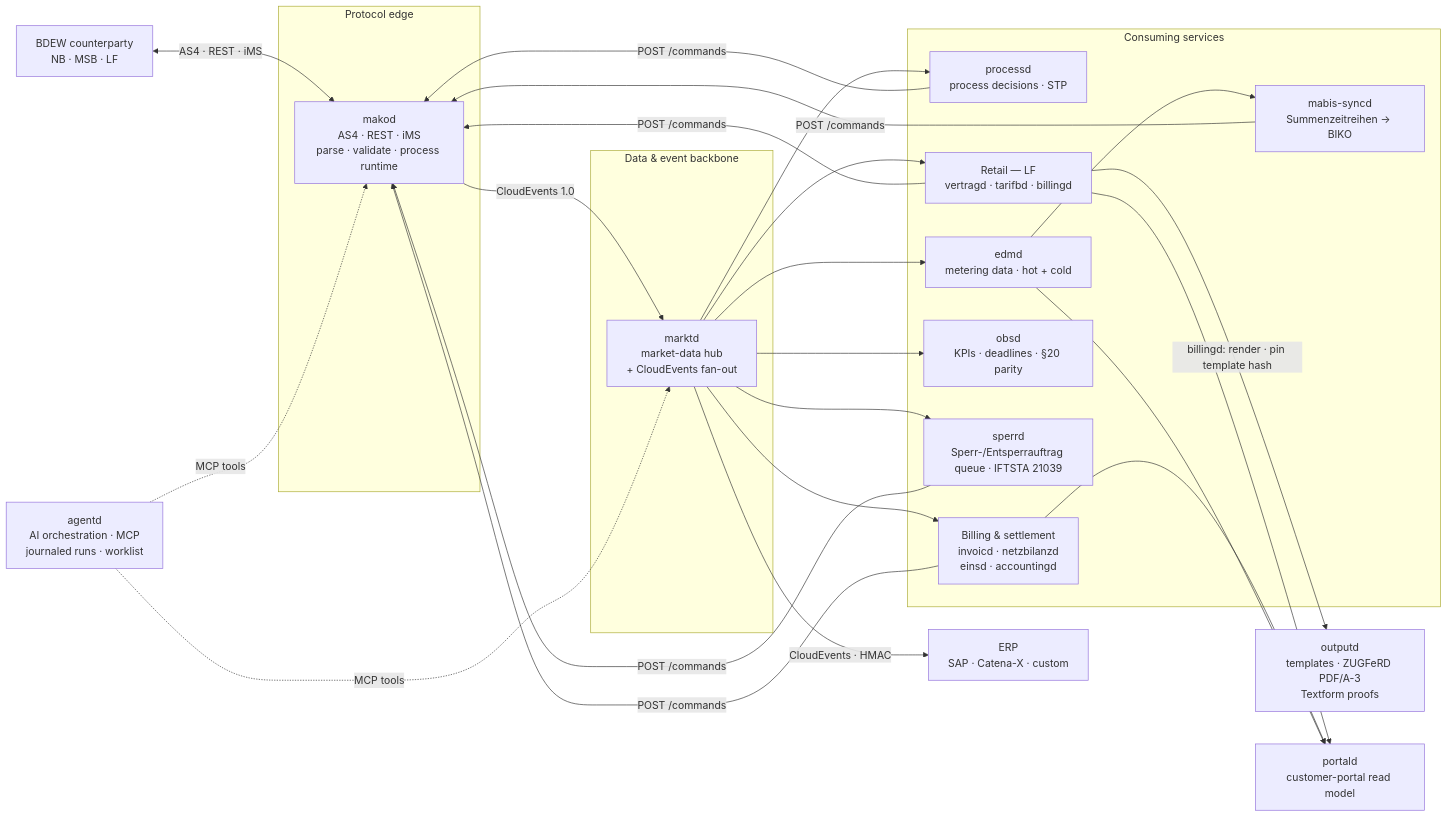
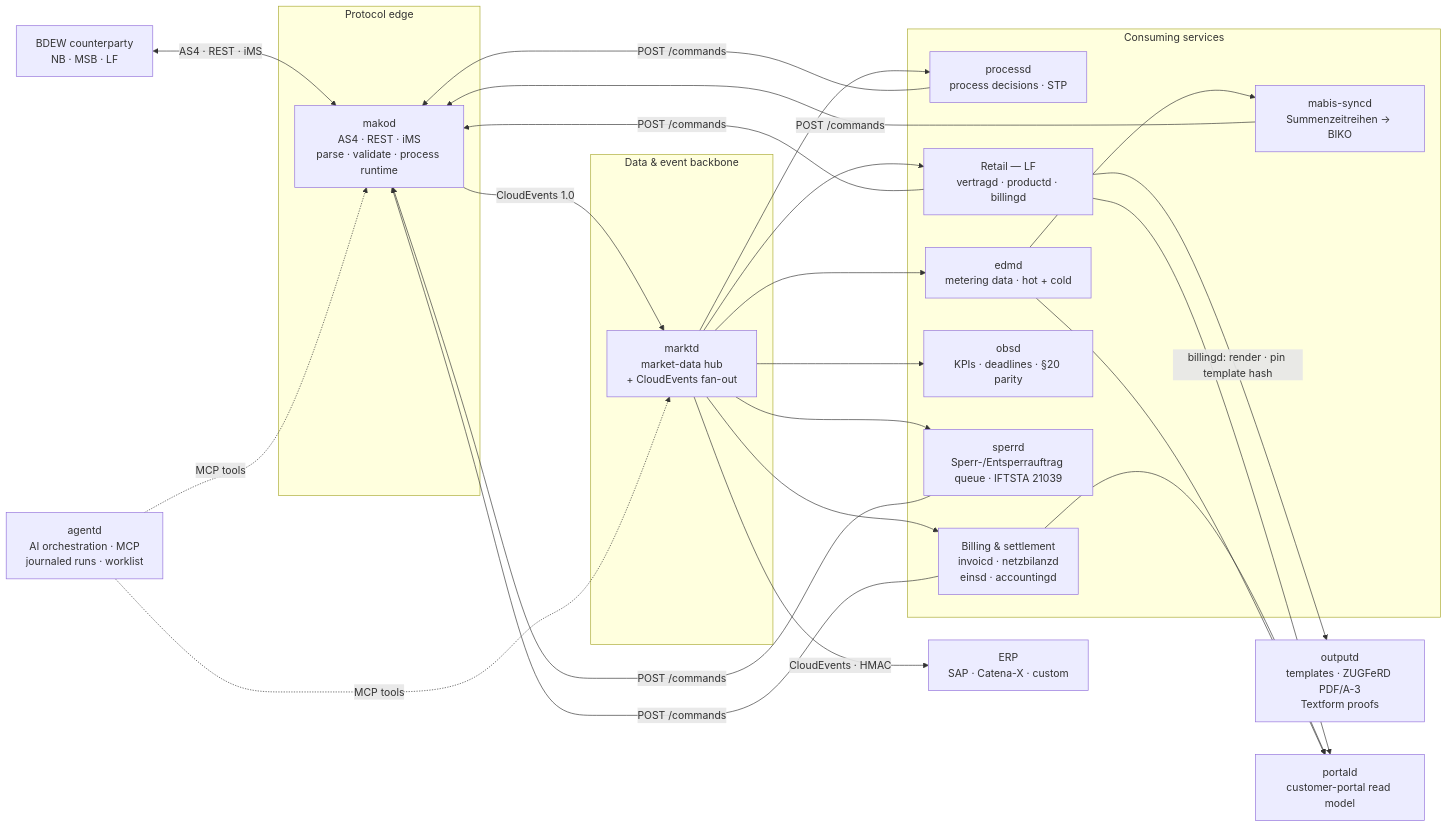
One commit to hupe1980/mako changed the first of 5 diagrams in site/content/docs/architecture/_index.md. Above: the diagram before and after it, drawn with Mermaid. The commit also changed other lines of this file and 261 other files, not shown here.

First line of the commit message:
refactor: rename tarifbd to productd in documentation and code

````diff
--- a/site/content/docs/architecture/_index.md
+++ b/site/content/docs/architecture/_index.md
@@ -45,39 +45,39 @@
 ```mermaid
 graph LR
     EXT["BDEW counterparty<br/>NB · MSB · LF"]
     ERP["ERP<br/>SAP · Catena-X · custom"]
 
     subgraph edge ["Protocol edge"]
         MAKOD["makod<br/>AS4 · REST · iMS<br/>parse · validate · process runtime"]
     end
 
     subgraph backbone ["Data &amp; event backbone"]
         MARKTD["marktd<br/>market-data hub<br/>+ CloudEvents fan-out"]
     end
 
     subgraph consumers ["Consuming services"]
         PROC["processd<br/>process decisions · STP"]
         SETTLE["Billing &amp; settlement<br/>invoicd · netzbilanzd<br/>einsd · accountingd"]
-        RETAIL["Retail — LF<br/>vertragd · tarifbd · billingd"]
+        RETAIL["Retail — LF<br/>vertragd · productd · billingd"]
         EDMD["edmd<br/>metering data · hot + cold"]
         OBSD["obsd<br/>KPIs · deadlines · §20 parity"]
         SPERRD["sperrd<br/>Sperr-/Entsperrauftrag queue · IFTSTA 21039"]
         MABIS["mabis-syncd<br/>Summenzeitreihen → BIKO"]
     end
 
     OUTPUTD["outputd<br/>templates · ZUGFeRD PDF/A-3<br/>Textform proofs"]
     PORTALD["portald<br/>customer-portal read model"]
     AGENTD["agentd<br/>AI orchestration · MCP<br/>journaled runs · worklist"]
 
     EXT <-->|"AS4 · REST · iMS"| MAKOD
     MAKOD -->|"CloudEvents 1.0"| MARKTD
     MARKTD --> PROC & SETTLE & EDMD & OBSD & RETAIL & SPERRD
     MARKTD -->|"CloudEvents · HMAC"| ERP
     EDMD --> MABIS
     MABIS -->|"POST /commands"| MAKOD
     PROC & SETTLE & RETAIL & SPERRD -->|"POST /commands"| MAKOD
     RETAIL -->|"billingd: render · pin template hash"| OUTPUTD
     RETAIL & SETTLE & EDMD --> PORTALD
     AGENTD -.->|"MCP tools"| MAKOD
     AGENTD -.->|"MCP tools"| MARKTD
 ```
````
